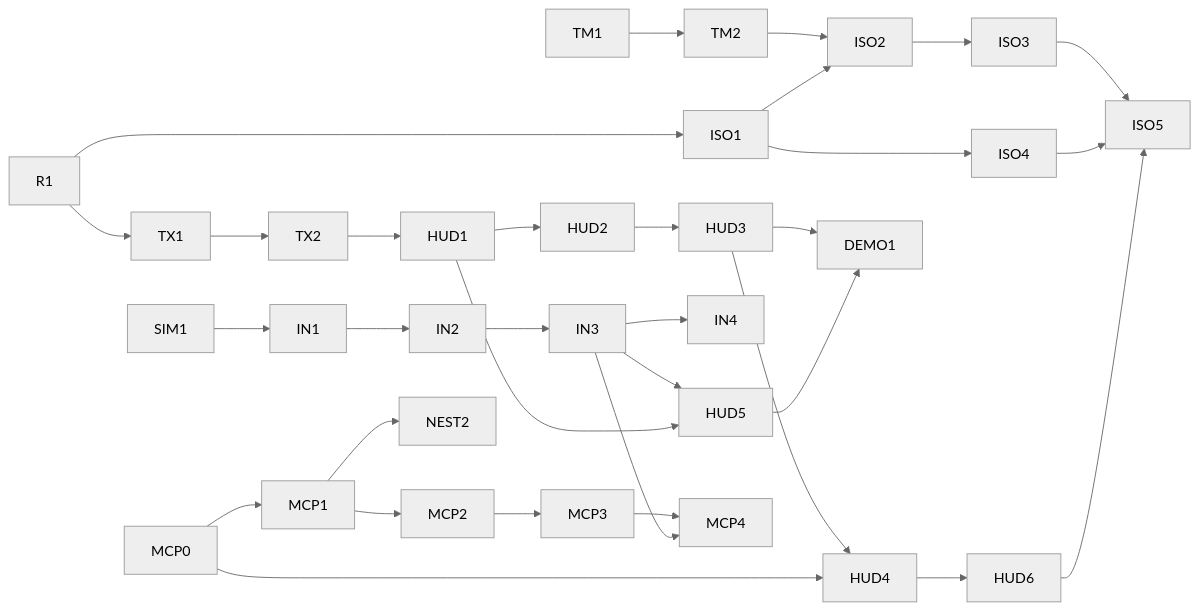
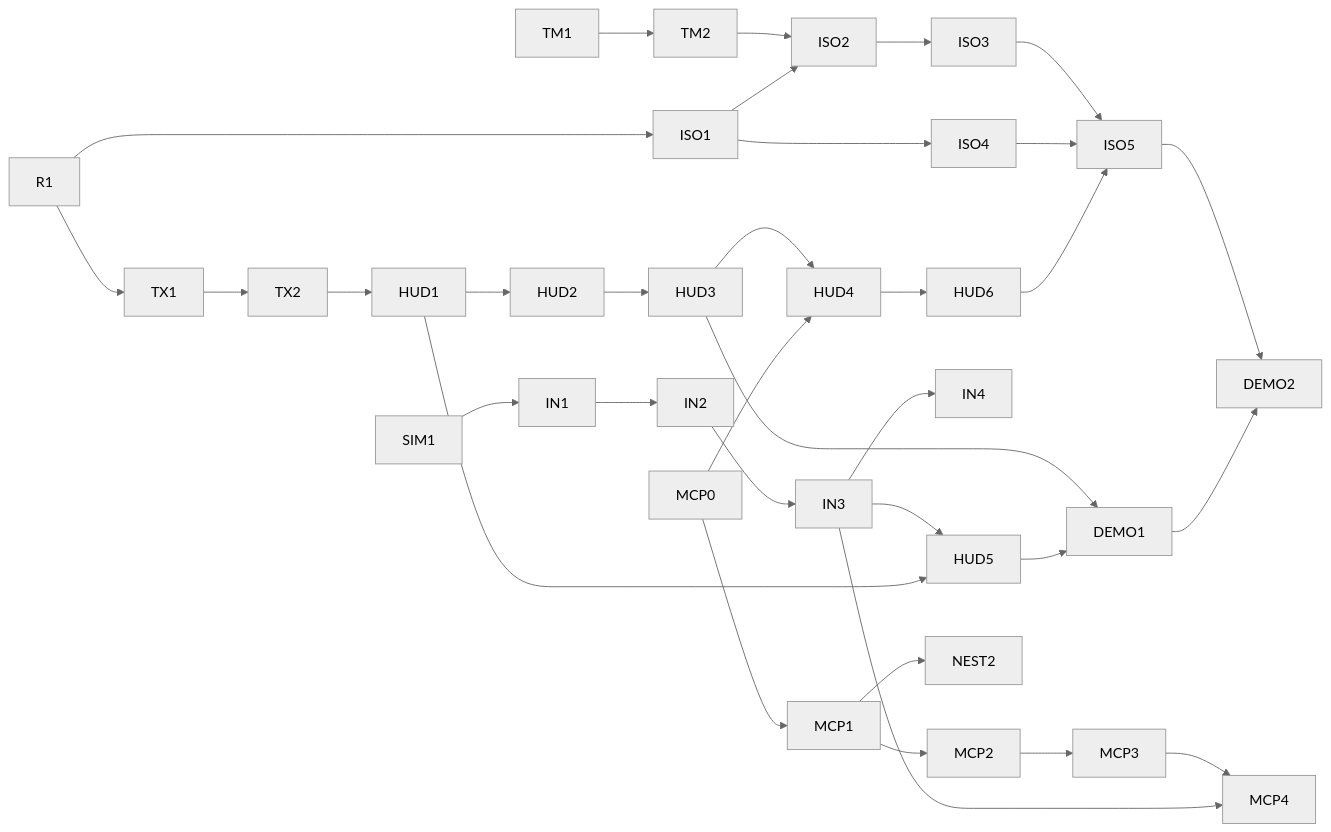
One commit to Silmaen/Owl changed the diagram in doc/pages/design/isometric-worlds.md. Above: the diagram before and after it, drawn with Mermaid (neutral theme). The commit also changed other lines of this file and 58 other files, not shown here.

````diff
--- a/doc/pages/design/isometric-worlds.md
+++ b/doc/pages/design/isometric-worlds.md
@@ -193,19 +196,21 @@
 ```mermaid
 flowchart LR
     R1 --> TX1 --> TX2 --> HUD1
     R1 --> ISO1
     TM1 --> TM2 --> ISO2
     ISO1 --> ISO2 --> ISO3 --> ISO5
     ISO1 --> ISO4 --> ISO5
     HUD1 --> HUD2 --> HUD3 --> HUD4 --> HUD6
     SIM1 --> IN1 --> IN2 --> IN3 --> IN4
     IN3 --> HUD5
     HUD1 --> HUD5
     MCP0 --> MCP1 --> MCP2 --> MCP3 --> MCP4
     MCP0 --> HUD4
     MCP1 --> NEST2
     IN3 --> MCP4
     HUD6 --> ISO5
     HUD3 --> DEMO1
     HUD5 --> DEMO1
+    ISO5 --> DEMO2
+    DEMO1 --> DEMO2
 ```
````
